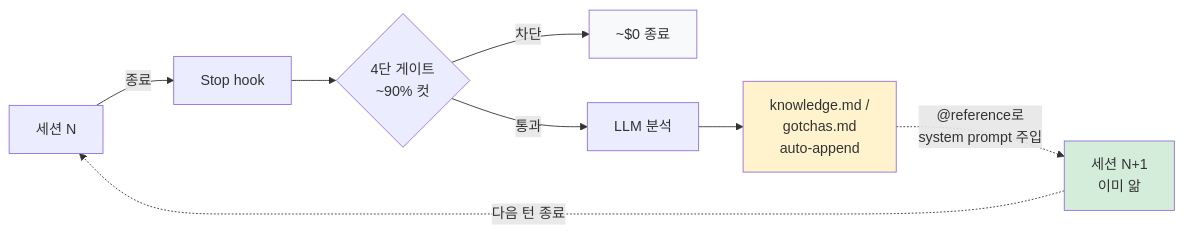
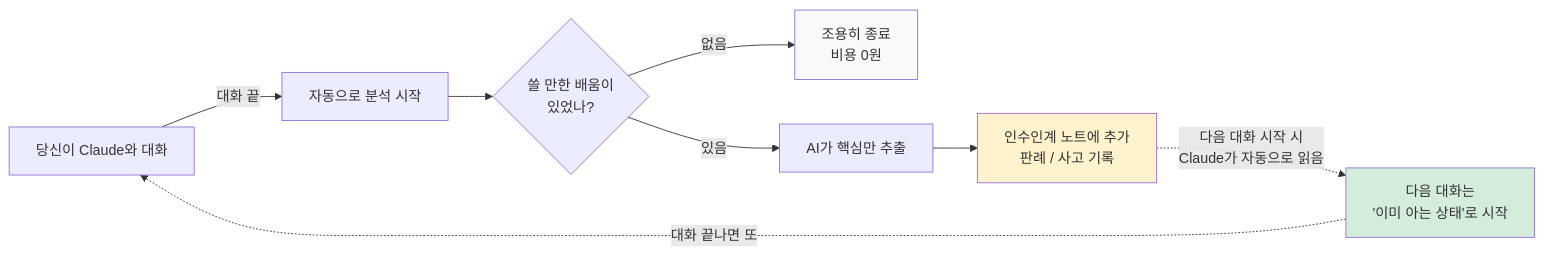
One commit to parksubeom/claude-distill changed the diagram in README.md. Above: the diagram before and after it, drawn with Mermaid. The commit also changed other lines of this file and 1 other file, not shown here.

First line of the commit message:
docs: 비전공자 친화 용어 + 실생활 비유 (인수인계 노트) · v0.4.1

````diff
--- a/README.md
+++ b/README.md
@@ -31,13 +33,13 @@
 ```mermaid
 flowchart LR
-    A[세션 N] -->|종료| B[Stop hook]
-    B --> C{4단 게이트<br/>~90% 컷}
-    C -->|차단| X[~$0 종료]
-    C -->|통과| D[LLM 분석]
-    D --> E[knowledge.md /<br/>gotchas.md<br/>auto-append]
-    E -.@reference로<br/>system prompt 주입.-> F[세션 N+1<br/>이미 앎]
-    F -.다음 턴 종료.-> A
+    A[당신이 Claude와 대화] -->|대화 끝| B[자동으로 분석 시작]
+    B --> C{쓸 만한 배움이<br/>있었나?}
+    C -->|없음| X[조용히 종료<br/>비용 0원]
+    C -->|있음| D[AI가 핵심만 추출]
+    D --> E[인수인계 노트에 추가<br/>판례 / 사고 기록]
+    E -.다음 대화 시작 시<br/>Claude가 자동으로 읽음.-> F[다음 대화는<br/>'이미 아는 상태'로 시작]
+    F -.대화 끝나면 또.-> A
     style F fill:#d4edda
     style E fill:#fff3cd
     style X fill:#f8f9fa
 ```
````
